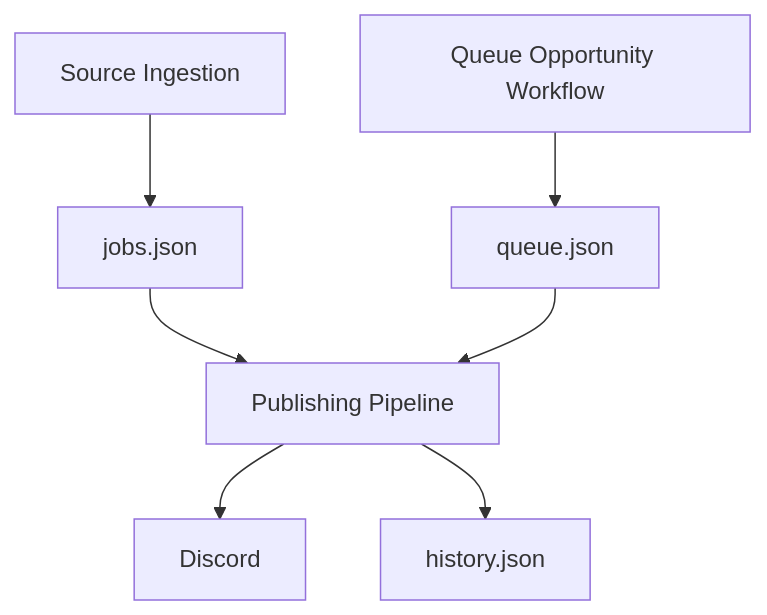
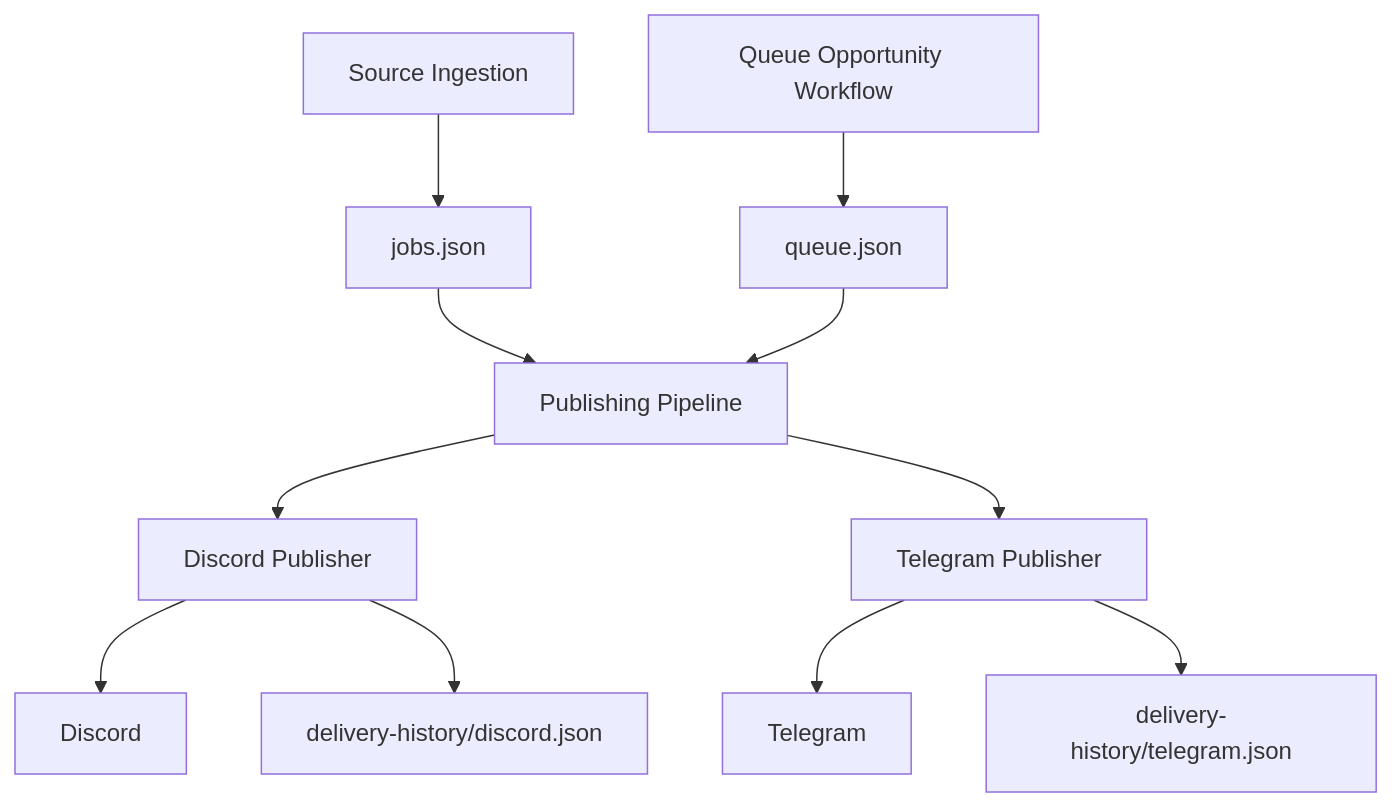
The diagram in docs/architecture/storage.mdx (ZenYukti/careers-engine), drawn with Mermaid before and after one commit. The commit also changed other lines of this file and 7 other files, not shown here.

Commit message:
docs: add telegram publishing channel docs & fix outdated references to history.json and discord-only publishing. (#24)

````diff
--- a/docs/architecture/storage.mdx
+++ b/docs/architecture/storage.mdx
@@ -26,9 +29,17 @@
 ```mermaid
 flowchart TD
     A["Source Ingestion"] --> B["jobs.json"]
     C["Queue Opportunity Workflow"] --> D["queue.json"]
+
     B --> E["Publishing Pipeline"]
     D --> E
-    E --> F["Discord"]
-    E --> G["history.json"]
+
+    E --> F["Discord Publisher"]
+    E --> G["Telegram Publisher"]
+
+    F --> H["Discord"]
+    G --> I["Telegram"]
+
+    F --> J["delivery-history/discord.json"]
+    G --> K["delivery-history/telegram.json"]
 ```
````
